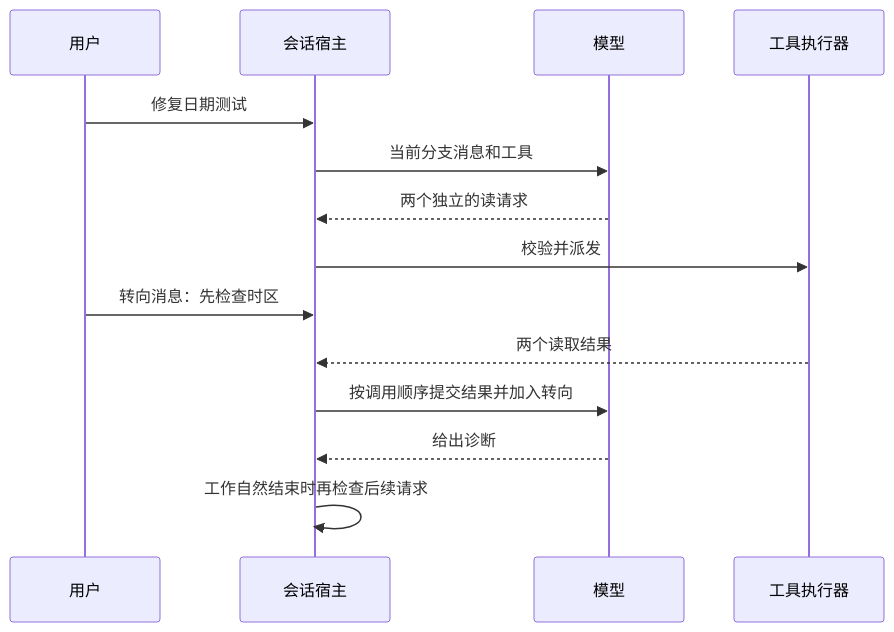
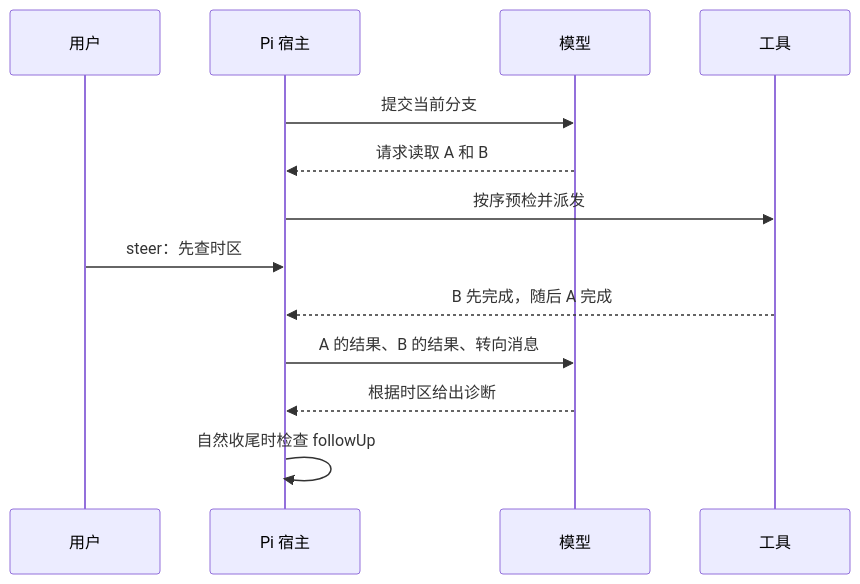
One commit to echonoshy/agent-engineering-handbook changed the second of 3 diagrams in 02-flagship-agents-teardown/01-pi-agent-and-openclaw.md. Above: the diagram before and after it, drawn with Mermaid. The commit also changed other lines of this file and 21 other files, not shown here.

````diff
--- a/02-flagship-agents-teardown/01-pi-agent-and-openclaw.md
+++ b/02-flagship-agents-teardown/01-pi-agent-and-openclaw.md
@@ -57,16 +69,15 @@
 ```mermaid
 sequenceDiagram
     participant U as 用户
-    participant H as 会话宿主
-    participant L as 模型
-    participant T as 工具执行器
-    U->>H: 修复日期测试
-    H->>L: 当前分支消息和工具
-    L-->>H: 两个独立的读请求
-    H->>T: 校验并派发
-    U->>H: 转向消息：先检查时区
-    T-->>H: 两个读取结果
-    H->>L: 按调用顺序提交结果并加入转向
-    L-->>H: 给出诊断
-    H->>H: 工作自然结束时再检查后续请求
+    participant H as Pi 宿主
+    participant M as 模型
+    participant T as 工具
+    H->>M: 提交当前分支
+    M-->>H: 请求读取 A 和 B
+    H->>T: 按序预检并派发
+    U->>H: steer：先查时区
+    T-->>H: B 先完成，随后 A 完成
+    H->>M: A 的结果、B 的结果、转向消息
+    M-->>H: 根据时区给出诊断
+    H->>H: 自然收尾时检查 followUp
 ```
````
